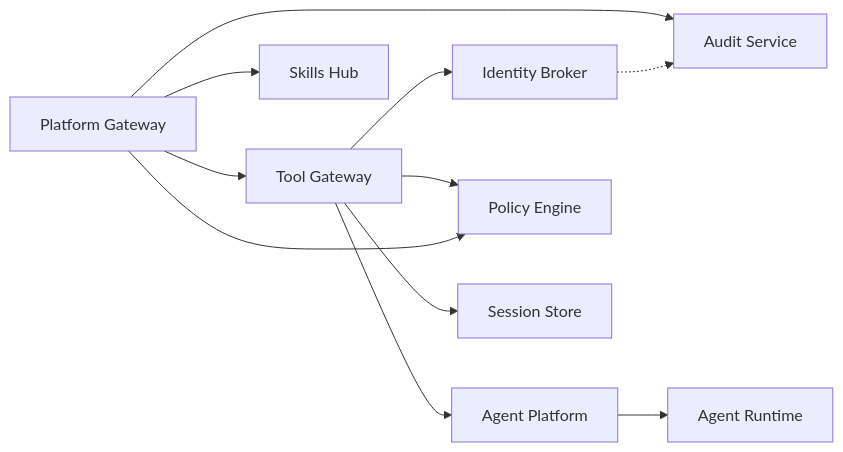
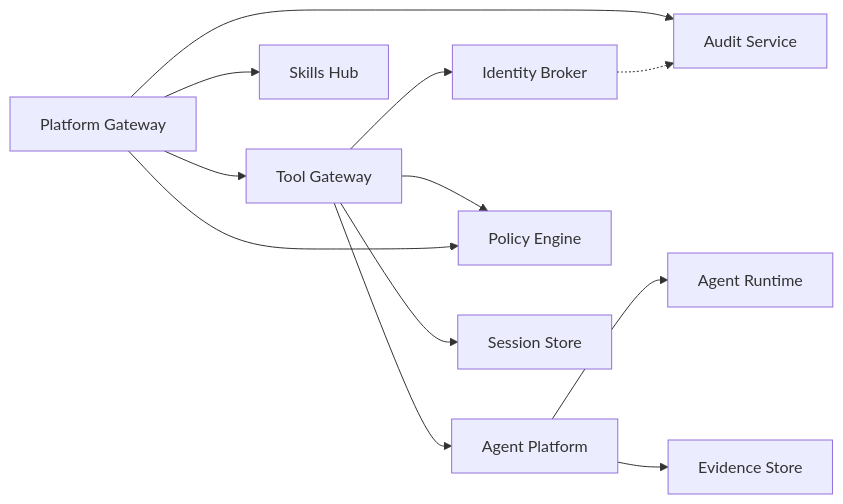
One commit to metasync/luban-aiops changed the third of 3 diagrams in .qoder/repowiki/en/content/API Reference/API Reference.md. Above: the diagram before and after it, drawn with Mermaid. The commit also changed other lines of this file and 8 other files, not shown here.

````diff
--- a/.qoder/repowiki/en/content/API Reference/API Reference.md
+++ b/.qoder/repowiki/en/content/API Reference/API Reference.md
@@ -528,13 +561,14 @@
 ```mermaid
 graph LR
 TG["Tool Gateway"] --> IB["Identity Broker"]
 TG --> AP["Agent Platform"]
 TG --> PE["Policy Engine"]
 TG --> SS["Session Store"]
 PG["Platform Gateway"] --> PE
 PG --> AS["Audit Service"]
 PG --> TG
 PG --> SH["Skills Hub"]
 AP --> RT["Agent Runtime"]
+AP --> ES["Evidence Store"]
 IB -.-> AS
 ```
````
